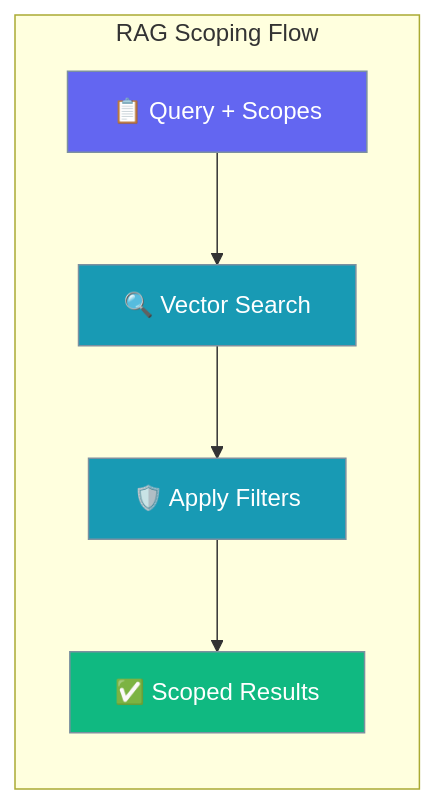
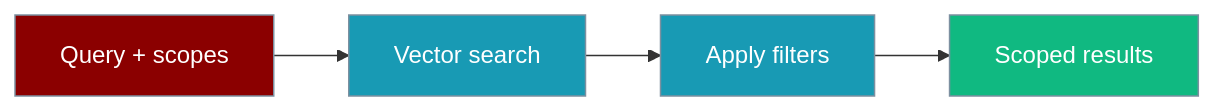
One commit to MervinPraison/PraisonAIDocs changed the diagram in docs/features/rag-scoping.mdx. Above: the diagram before and after it, drawn with Mermaid. The commit also changed other lines of this file and 4 other files, not shown here.

````diff
--- a/docs/features/rag-scoping.mdx
+++ b/docs/features/rag-scoping.mdx
@@ -10,16 +23,14 @@
 ```mermaid
 graph LR
-    subgraph "RAG Scoping Flow"
-        A[📋 Query + Scopes] --> B[🔍 Vector Search]
-        B --> C[🛡️ Apply Filters]
-        C --> D[✅ Scoped Results]
-    end
-    
-    classDef input fill:#6366F1,stroke:#7C90A0,color:#fff
+    Q[Query + scopes] --> S[Vector search]
+    S --> F[Apply filters]
+    F --> R[Scoped results]
+
+    classDef query fill:#8B0000,stroke:#7C90A0,color:#fff
     classDef process fill:#189AB4,stroke:#7C90A0,color:#fff
     classDef output fill:#10B981,stroke:#7C90A0,color:#fff
-    
-    class A input
-    class B,C process
-    class D output
+
+    class Q query
+    class S,F process
+    class R output
 ```
````
